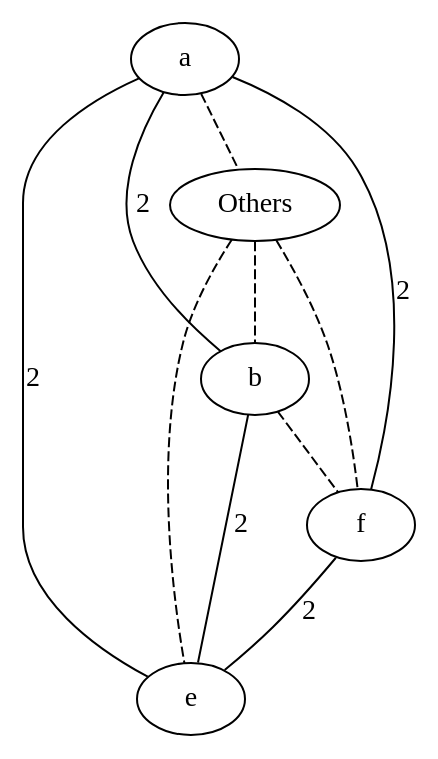
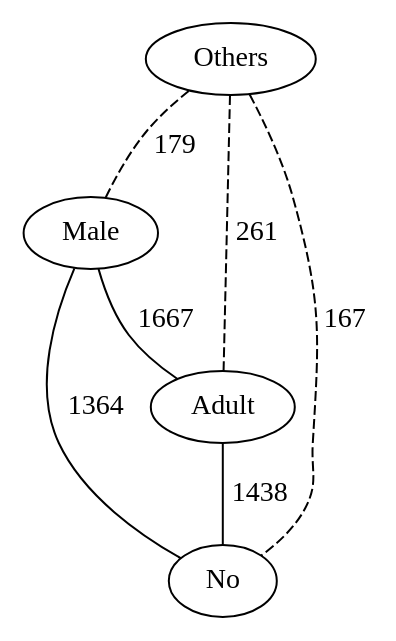
The diagram in src/extension/plainGraph_with_threshold.dot (lrodrin/TFG), drawn with Graphviz before and after one commit. The commit also changed 3 other files, not shown here.

Commit message:
s'ha modificat el copy list de la classe Graph perquè amb python 2 no li agrada

```diff
--- a/src/extension/plainGraph_with_threshold.dot
+++ b/src/extension/plainGraph_with_threshold.dot
@@ -1,17 +1,12 @@
 strict graph "()" {
-a;
 Others;
-b;
-f;
-e;
-a -- Others  [color=black, style=dashed];
-a -- b  [color=black, label=2, style=solid];
-a -- f  [color=black, label=2, style=solid];
-a -- e  [color=black, label=2, style=solid];
-Others -- b  [color=black, style=dashed];
-Others -- f  [color=black, style=dashed];
-Others -- e  [color=black, style=dashed];
-b -- f  [color=black, style=dashed];
-b -- e  [color=black, label=2, style=solid];
-f -- e  [color=black, label=2, style=solid];
+Male;
+Adult;
+No;
+Others -- Male  [color=black, label=179, style=dashed];
+Others -- Adult  [color=black, label=261, style=dashed];
+Others -- No  [color=black, label=167, style=dashed];
+Male -- Adult  [color=black, label=1667, style=solid];
+Male -- No  [color=black, label=1364, style=solid];
+Adult -- No  [color=black, label=1438, style=solid];
 }
```
